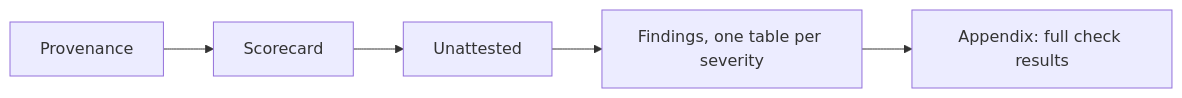
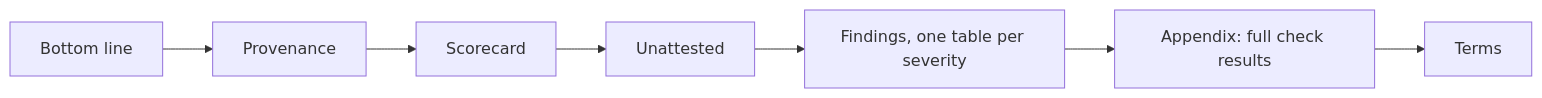
Before and after one commit to Nistapp/codebase-agentic-readiness-framework: the diagram in audit/engine/docs/how-to/read-the-report.md, drawn with Mermaid. The commit also changed other lines of this file and 4 other files, not shown here.

First line of the commit message:
feat(engine): open the Markdown report with a bottom line

````diff
--- a/audit/engine/docs/how-to/read-the-report.md
+++ b/audit/engine/docs/how-to/read-the-report.md
@@ -21,4 +21,5 @@
 ```mermaid
 flowchart LR
-    P[Provenance] --> S[Scorecard] --> U[Unattested] --> F[Findings, one table per severity] --> A[Appendix: full check results]
+    B[Bottom line] --> P[Provenance] --> S[Scorecard] --> U[Unattested] --> F[Findings, one table per severity]
+    F --> A[Appendix: full check results] --> T[Terms]
 ```
````
